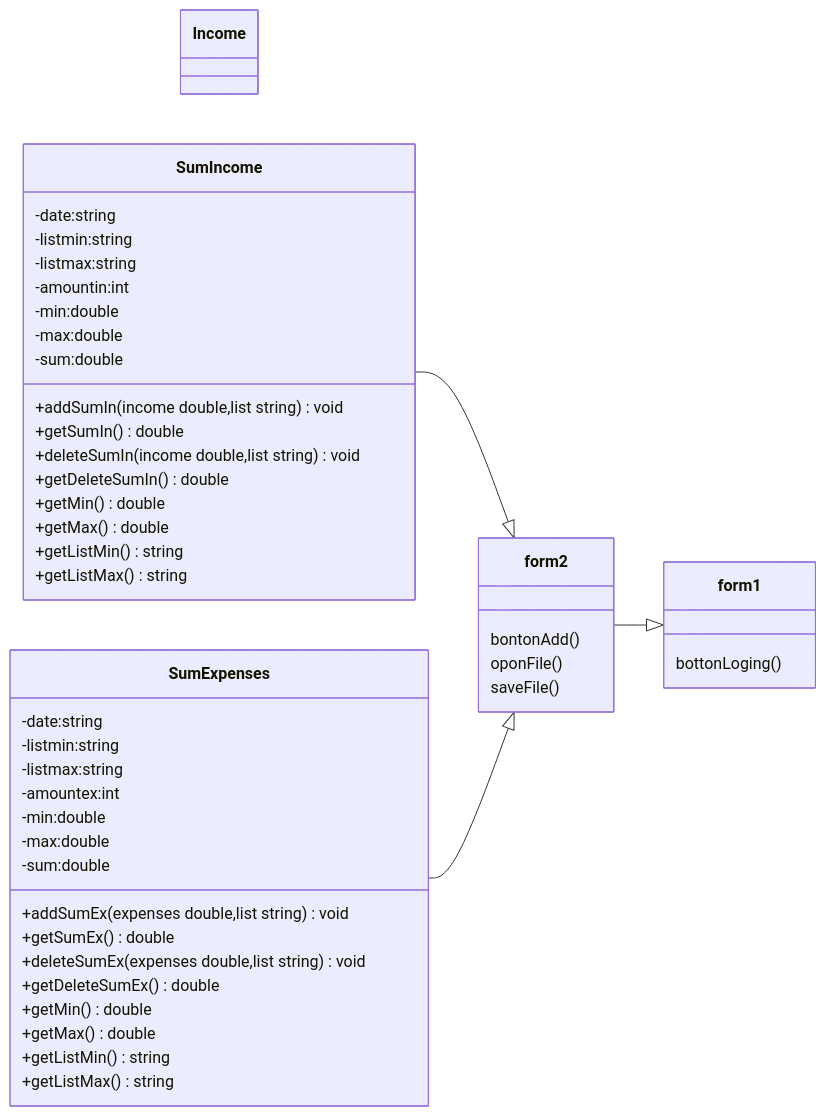
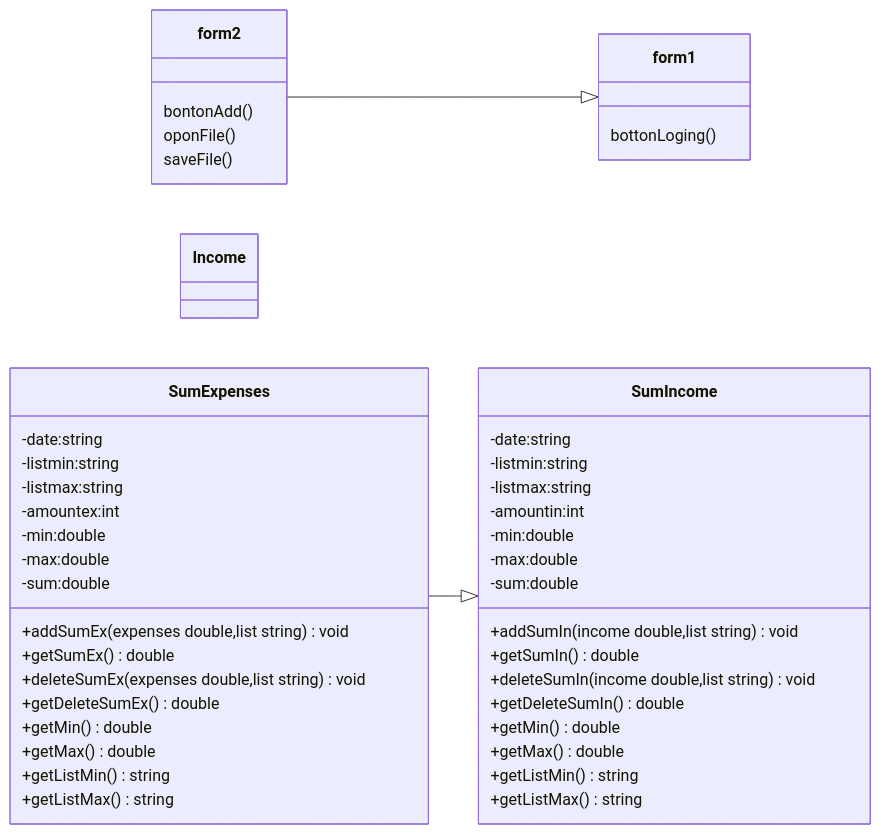
One commit to Naphapilan/Final-Project changed the diagram in README.md. Above: the diagram before and after it, drawn with Mermaid.

````diff
--- a/README.md
+++ b/README.md
@@ -12,51 +12,50 @@
 ```mermaid
 classDiagram
   direction LR
   class form1{
   bottonLoging()
   }
   class form2{
   bontonAdd()
   oponFile()
   saveFile()
   }
   class Income{
   }
   class SumIncome{
   -date:string
   -listmin:string
   -listmax:string
   -amountin:int
   -min:double
   -max:double
   -sum:double
   +addSumIn(income double,list string)void
   +getSumIn()double
   +deleteSumIn(income double,list string)void
   +getDeleteSumIn()double
   +getMin()double
   +getMax()double
   +getListMin()string
   +getListMax()string
   }
   class SumExpenses{
   -date:string
   -listmin:string
   -listmax:string
   -amountex:int
   -min:double
   -max:double
   -sum:double
   +addSumEx(expenses double,list string)void
   +getSumEx()double
   +deleteSumEx(expenses double,list string)void
   +getDeleteSumEx()double
   +getMin()double
   +getMax()double
   +getListMin()string
   +getListMax()string
   }
   form2 --|> form1
-  SumIncome --|> form2
-  SumExpenses --|> form2
+  SumExpenses --|> SumIncome 
 ```
````
